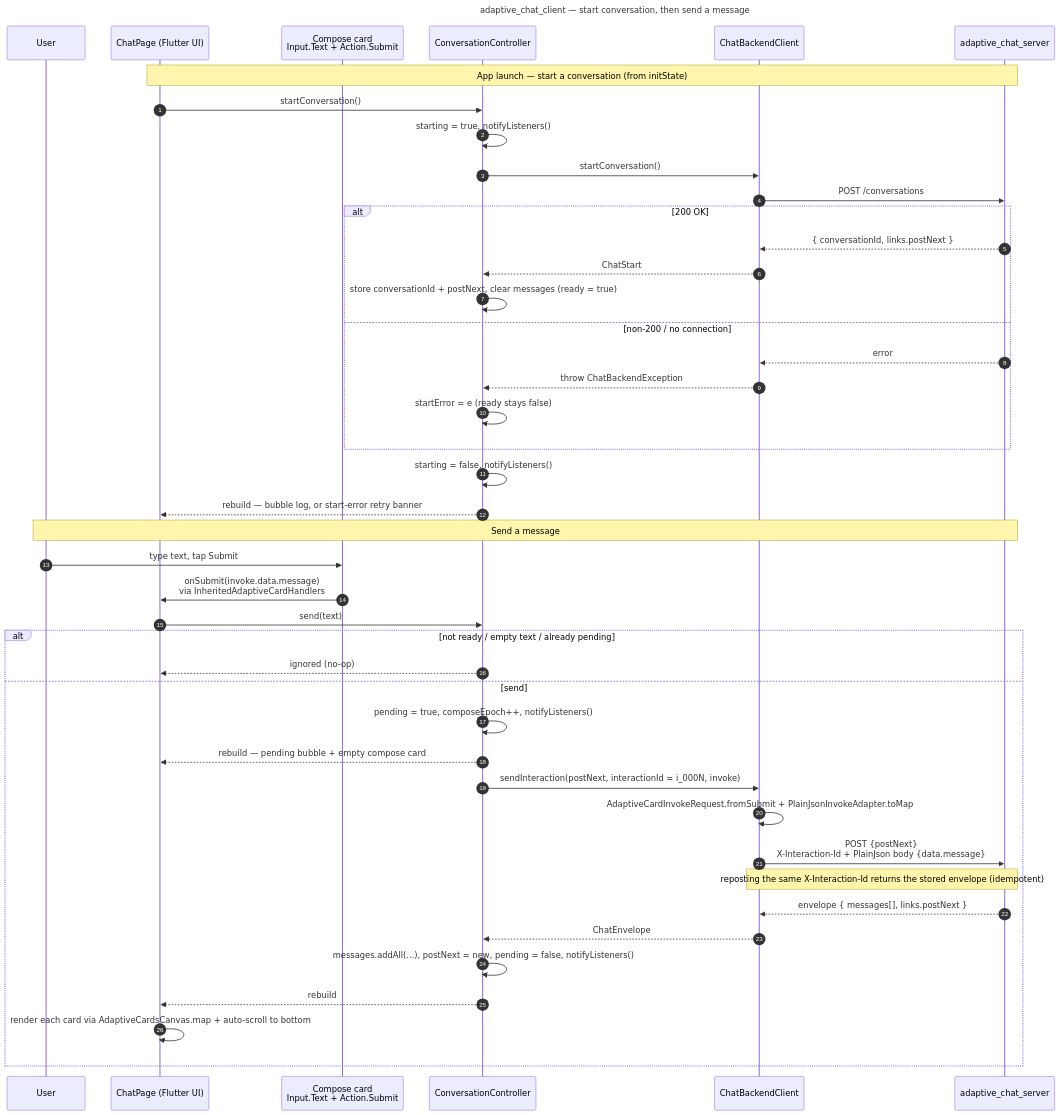
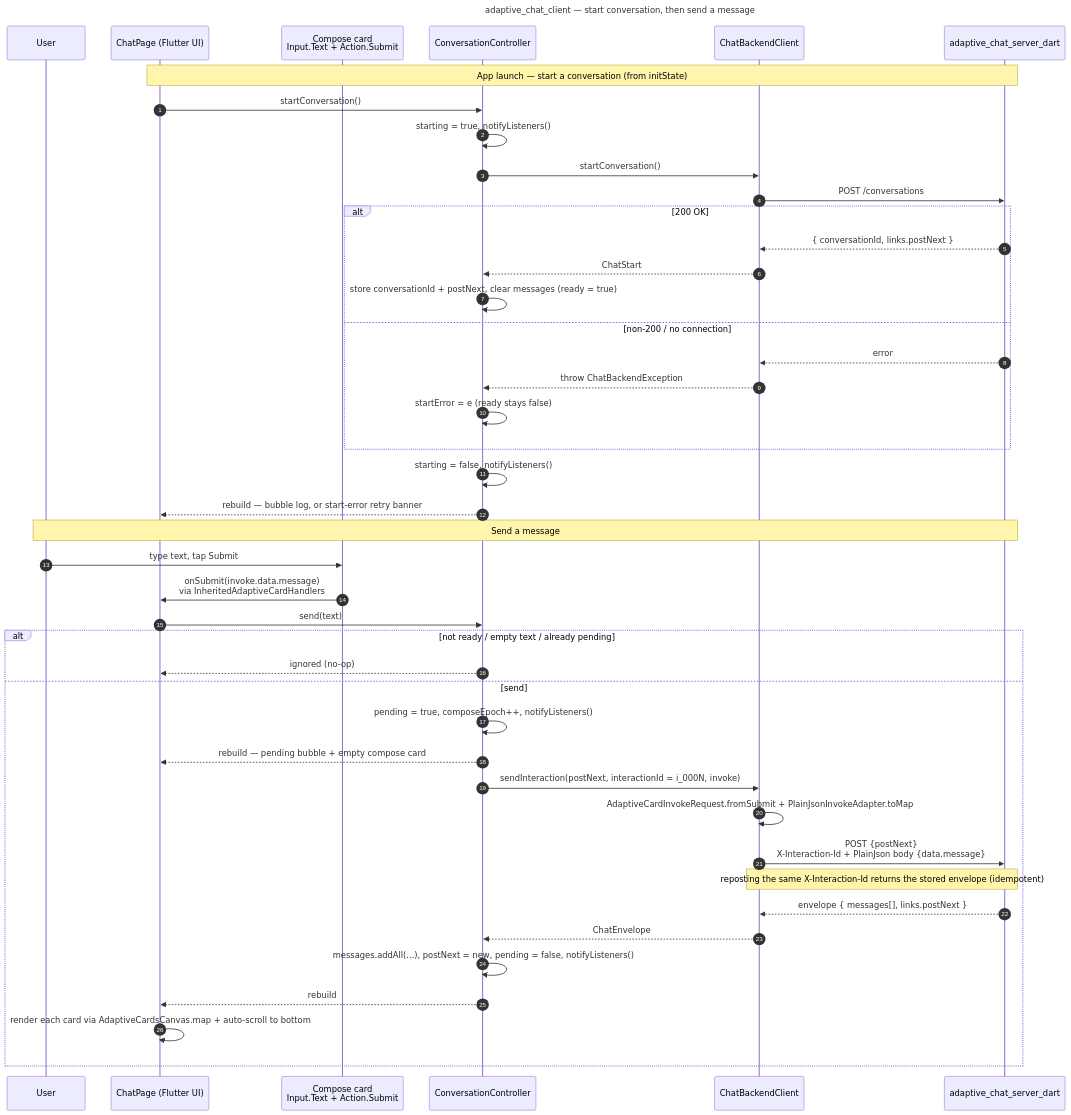
One commit to freemansoft/Flutter-AdaptiveCards changed the second of 2 diagrams in adaptive_chat_client/README.md. Above: the diagram before and after it, drawn with Mermaid. The commit also changed other lines of this file and 50 other files, not shown here.

First line of the commit message:
Remove Python adaptive_chat_server, keep only the Dart port

````diff
--- a/adaptive_chat_client/README.md
+++ b/adaptive_chat_client/README.md
@@ -87,50 +87,50 @@
 ```mermaid
 ---
 title: "adaptive_chat_client — start conversation, then send a message"
 ---
 sequenceDiagram
     autonumber
     participant U as User
     participant P as ChatPage (Flutter UI)
     participant K as Compose card<br/>Input.Text + Action.Submit
     participant C as ConversationController
     participant B as ChatBackendClient
-    participant S as adaptive_chat_server
+    participant S as adaptive_chat_server_dart
 
     Note over P,S: App launch — start a conversation (from initState)
     P->>C: startConversation()
     C->>C: starting = true, notifyListeners()
     C->>B: startConversation()
     B->>S: POST /conversations
     alt 200 OK
         S-->>B: { conversationId, links.postNext }
         B-->>C: ChatStart
         C->>C: store conversationId + postNext, clear messages (ready = true)
     else non-200 / no connection
         S-->>B: error
         B-->>C: throw ChatBackendException
         C->>C: startError = e (ready stays false)
     end
     C->>C: starting = false, notifyListeners()
     C-->>P: rebuild — bubble log, or start-error retry banner
 
     Note over U,S: Send a message
     U->>K: type text, tap Submit
     K->>P: onSubmit(invoke.data.message)<br/>via InheritedAdaptiveCardHandlers
     P->>C: send(text)
     alt not ready / empty text / already pending
         C-->>P: ignored (no-op)
     else send
         C->>C: pending = true, composeEpoch++, notifyListeners()
         C-->>P: rebuild — pending bubble + empty compose card
         C->>B: sendInteraction(postNext, interactionId = i_000N, invoke)
         B->>B: AdaptiveCardInvokeRequest.fromSubmit + PlainJsonInvokeAdapter.toMap
         B->>S: POST {postNext}<br/>X-Interaction-Id + PlainJson body {data.message}
         Note over B,S: reposting the same X-Interaction-Id returns the stored envelope (idempotent)
         S-->>B: envelope { messages[], links.postNext }
         B-->>C: ChatEnvelope
         C->>C: messages.addAll(...), postNext = new, pending = false, notifyListeners()
         C-->>P: rebuild
         P->>P: render each card via AdaptiveCardsCanvas.map + auto-scroll to bottom
     end
 ```
````
